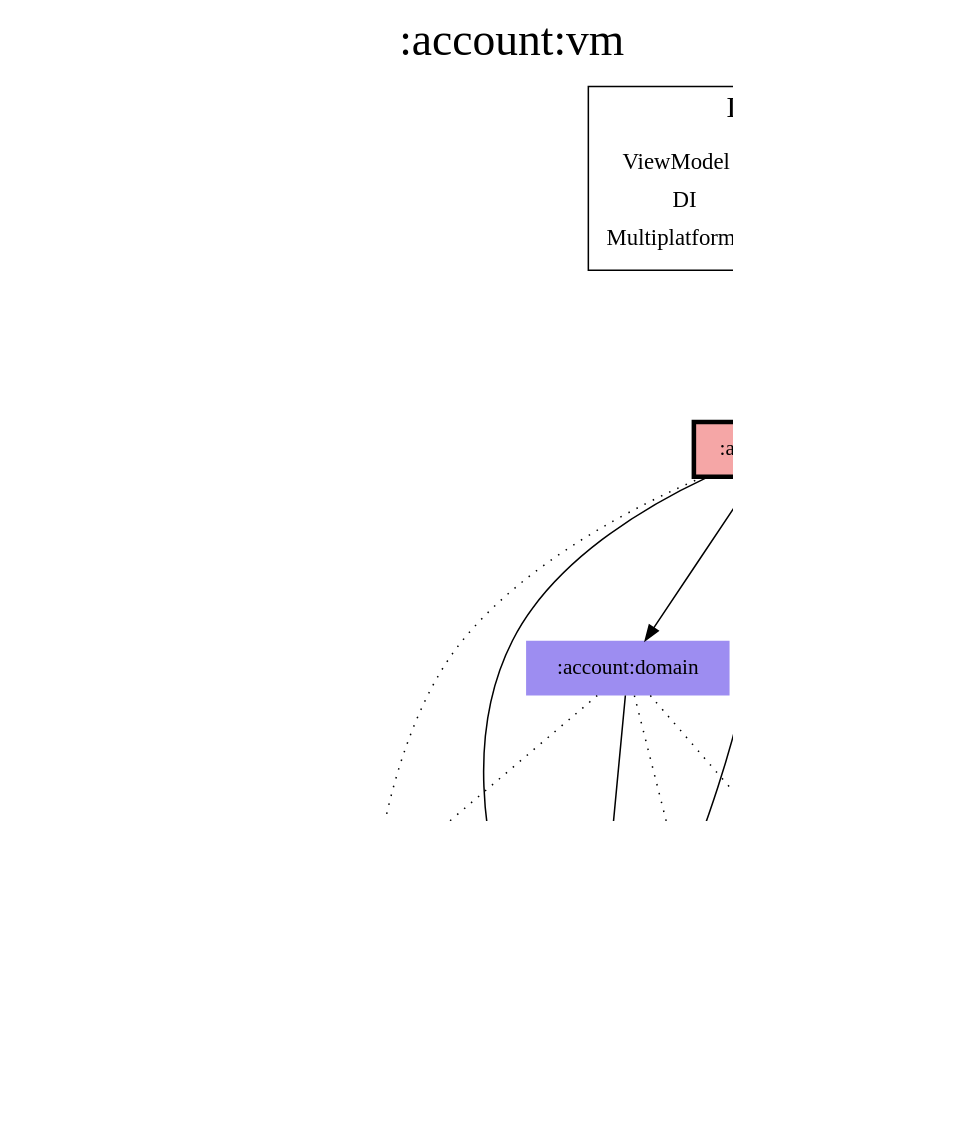
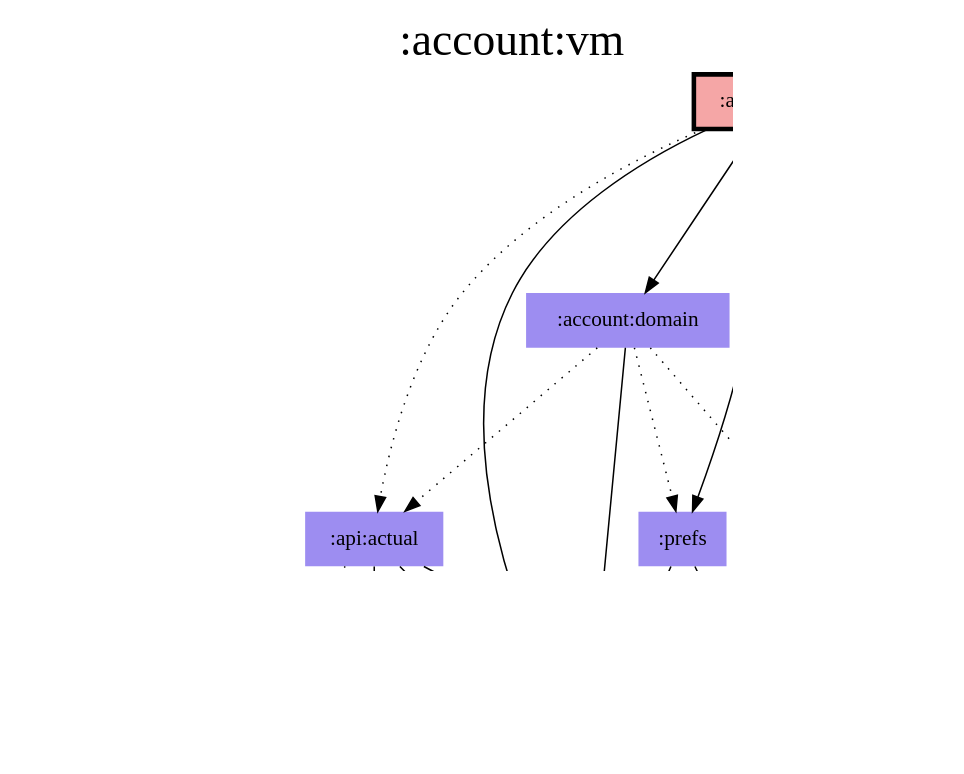
Before and after one commit to jonapoul/aktual: the diagram in modules/account/vm/modules.dot, drawn with Graphviz. The commit also changed 128 other files, not shown here.

```diff
--- a/modules/account/vm/modules.dot
+++ b/modules/account/vm/modules.dot
@@ -1,48 +1,37 @@
 digraph {
 edge ["dir"="forward"]
 graph ["dpi"="100","label"=":account:vm","labelloc"="t","fontsize"="30","ranksep"="1.5","rankdir"="TB"]
 node ["style"="filled"]
 ":account:domain" ["fillcolor"="#9D8DF1","shape"="none"]
 ":account:model" ["fillcolor"="#9D8DF1","shape"="none"]
 ":account:vm" ["fillcolor"="#F5A6A6","color"="black","penwidth"="3","shape"="box"]
 ":api:actual" ["fillcolor"="#9D8DF1","shape"="none"]
 ":budget:model" ["fillcolor"="#9D8DF1","shape"="none"]
 ":codegen:annotation" ["fillcolor"="#9D8DF1","shape"="none"]
 ":core:di" ["fillcolor"="#FCB103","shape"="none"]
 ":core:model" ["fillcolor"="#9D8DF1","shape"="none"]
 ":logging" ["fillcolor"="#9D8DF1","shape"="none"]
 ":prefs" ["fillcolor"="#9D8DF1","shape"="none"]
 {
 edge ["dir"="none"]
 graph ["rank"="same"]
 ":account:vm"
 }
 ":account:domain" -> ":account:model"
 ":account:domain" -> ":api:actual" ["style"="dotted"]
 ":account:domain" -> ":logging" ["style"="dotted"]
 ":account:domain" -> ":prefs" ["style"="dotted"]
 ":account:vm" -> ":account:domain"
 ":account:vm" -> ":account:model"
 ":account:vm" -> ":api:actual" ["style"="dotted"]
 ":account:vm" -> ":core:di"
 ":account:vm" -> ":core:model"
 ":account:vm" -> ":logging" ["style"="dotted"]
 ":account:vm" -> ":prefs"
 ":api:actual" -> ":account:model"
 ":api:actual" -> ":budget:model"
 ":api:actual" -> ":codegen:annotation" ["style"="dotted"]
 ":api:actual" -> ":core:model"
 ":prefs" -> ":account:model"
 ":prefs" -> ":core:model"
-subgraph "cluster_legend" {
-edge ["dir"="none"]
-graph ["label"="Legend","fontsize"="20"]
-"Legend" ["style"="filled","fillcolor"="#FFFFFF","shape"="none","margin"="0","fontsize"="15","label"=<
-<TABLE BORDER="0" CELLBORDER="0" CELLSPACING="0" CELLPADDING="4">
-<TR><TD>ViewModel</TD><TD BGCOLOR="#F5A6A6">module-name</TD></TR>
-<TR><TD>DI</TD><TD BGCOLOR="#FCB103">module-name</TD></TR>
-<TR><TD>Multiplatform</TD><TD BGCOLOR="#9D8DF1">module-name</TD></TR>
-</TABLE>
->]
-} -> ":account:vm" ["style"="invis"]
 }
```
